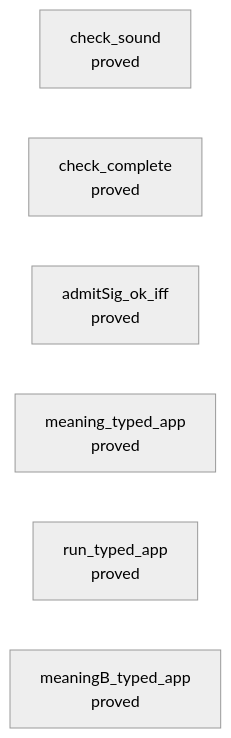
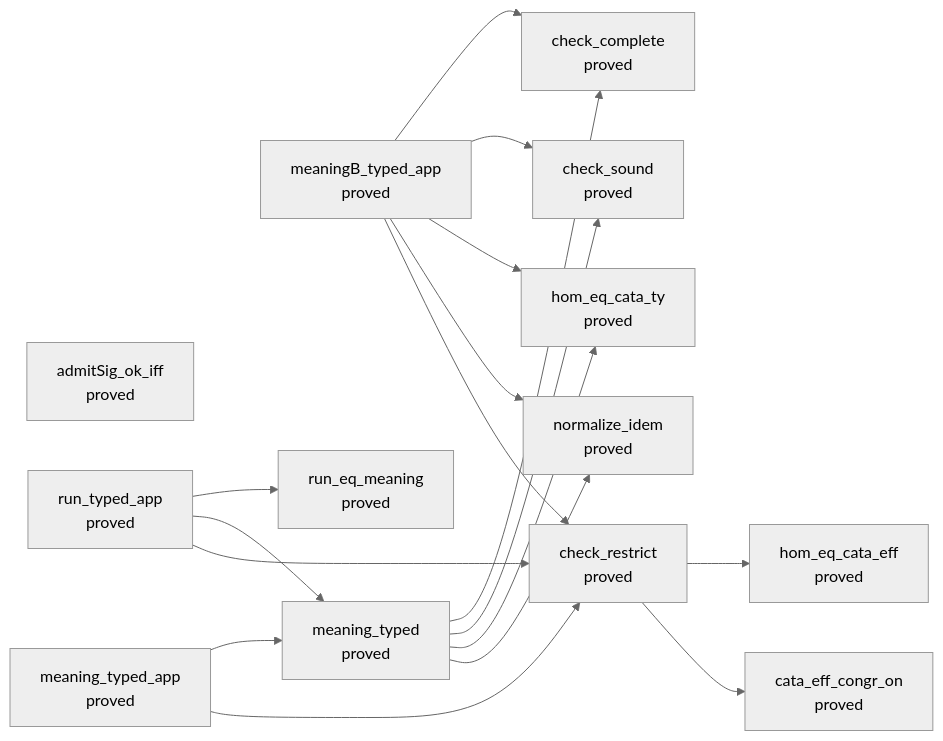
Before and after one commit to pure-algebra/lean4-effect4: the first of 13 diagrams in generated/semantics.md, drawn with Mermaid (neutral theme). The commit also changed other lines of this file and 29 other files, not shown here.

````diff
--- a/generated/semantics.md
+++ b/generated/semantics.md
@@ -1456,9 +1456,32 @@
 ```mermaid
 flowchart LR
   n0["check_sound<br/>proved"]
   n1["check_complete<br/>proved"]
   n2["admitSig_ok_iff<br/>proved"]
   n3["meaning_typed_app<br/>proved"]
   n4["run_typed_app<br/>proved"]
   n5["meaningB_typed_app<br/>proved"]
+  n6["check_restrict<br/>proved"]
+  n7["meaning_typed<br/>proved"]
+  n8["run_eq_meaning<br/>proved"]
+  n9["normalize_idem<br/>proved"]
+  n10["hom_eq_cata_ty<br/>proved"]
+  n11["cata_eff_congr_on<br/>proved"]
+  n12["hom_eq_cata_eff<br/>proved"]
+  n3 --> n6
+  n3 --> n7
+  n4 --> n6
+  n4 --> n7
+  n4 --> n8
+  n5 --> n6
+  n5 --> n9
+  n5 --> n10
+  n5 --> n0
+  n5 --> n1
+  n6 --> n11
+  n6 --> n12
+  n7 --> n9
+  n7 --> n10
+  n7 --> n0
+  n7 --> n1
 ```
````
